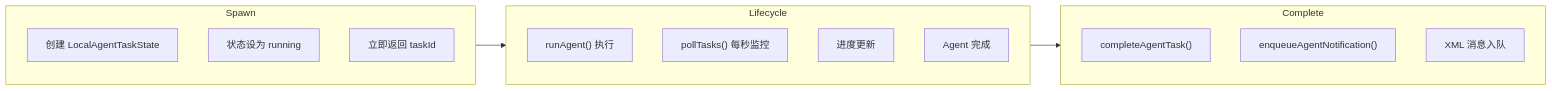
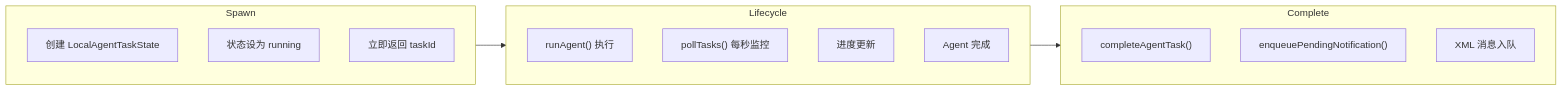
The eighth of 15 diagrams in claude-code/docs/deep/AGENT-SYSTEM.md (platootalp/harness-code), drawn with Mermaid before and after one commit. The commit also changed other lines of this file and 58 other files, not shown here.

````diff
--- a/claude-code/docs/deep/AGENT-SYSTEM.md
+++ b/claude-code/docs/deep/AGENT-SYSTEM.md
@@ -533,23 +533,23 @@
 ```mermaid
 flowchart LR
     subgraph Spawn
         R1["创建 LocalAgentTaskState"]
         R2["状态设为 running"]
         R3["立即返回 taskId"]
     end
 
     subgraph Lifecycle
         L1["runAgent() 执行"]
         L2["pollTasks() 每秒监控"]
         L3["进度更新"]
         L4["Agent 完成"]
     end
 
     subgraph Complete
         N1["completeAgentTask()"]
-        N2["enqueueAgentNotification()"]
+        N2["enqueuePendingNotification()"]
         N3["XML 消息入队"]
     end
 
     Spawn --> Lifecycle --> Complete
 ```
````
